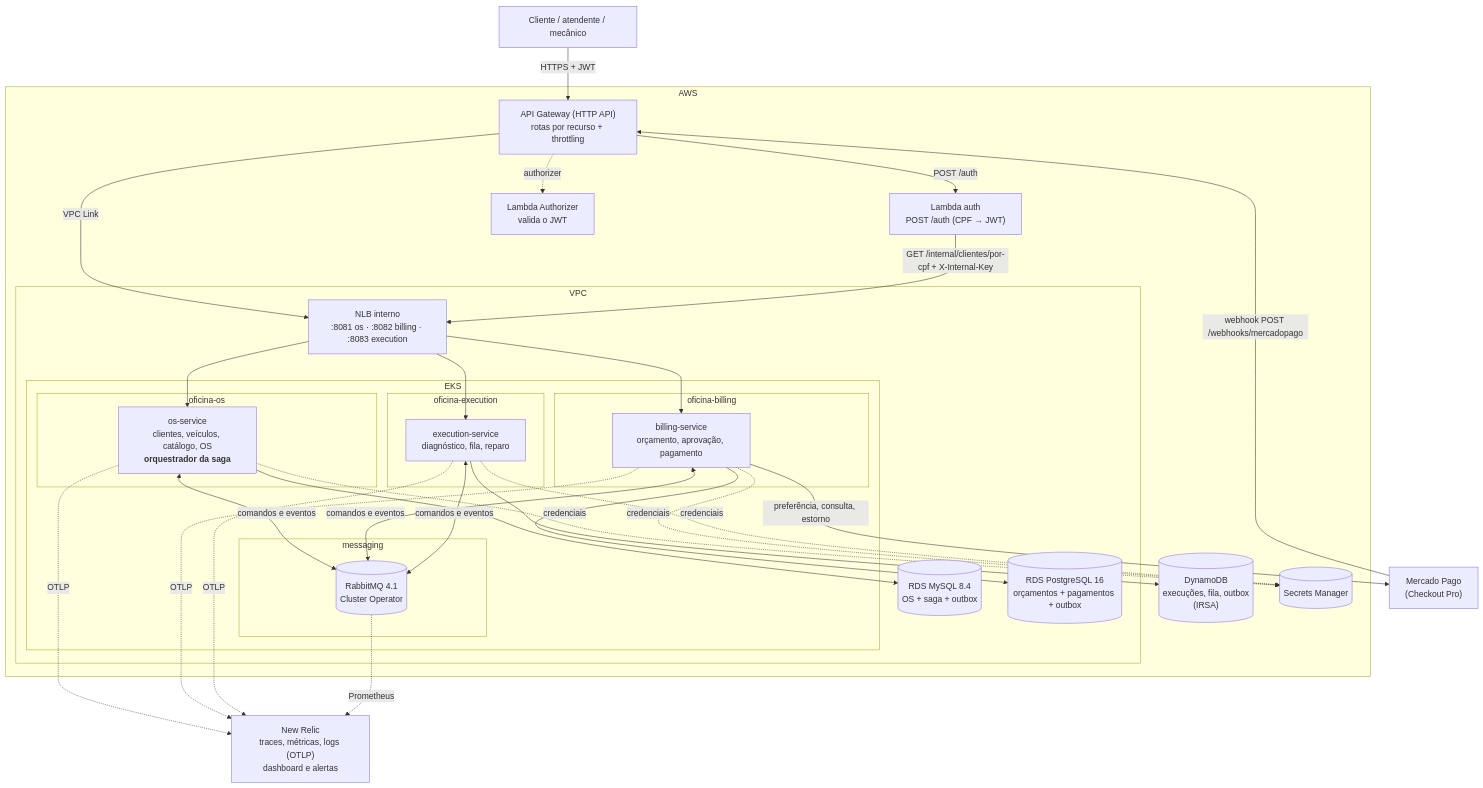
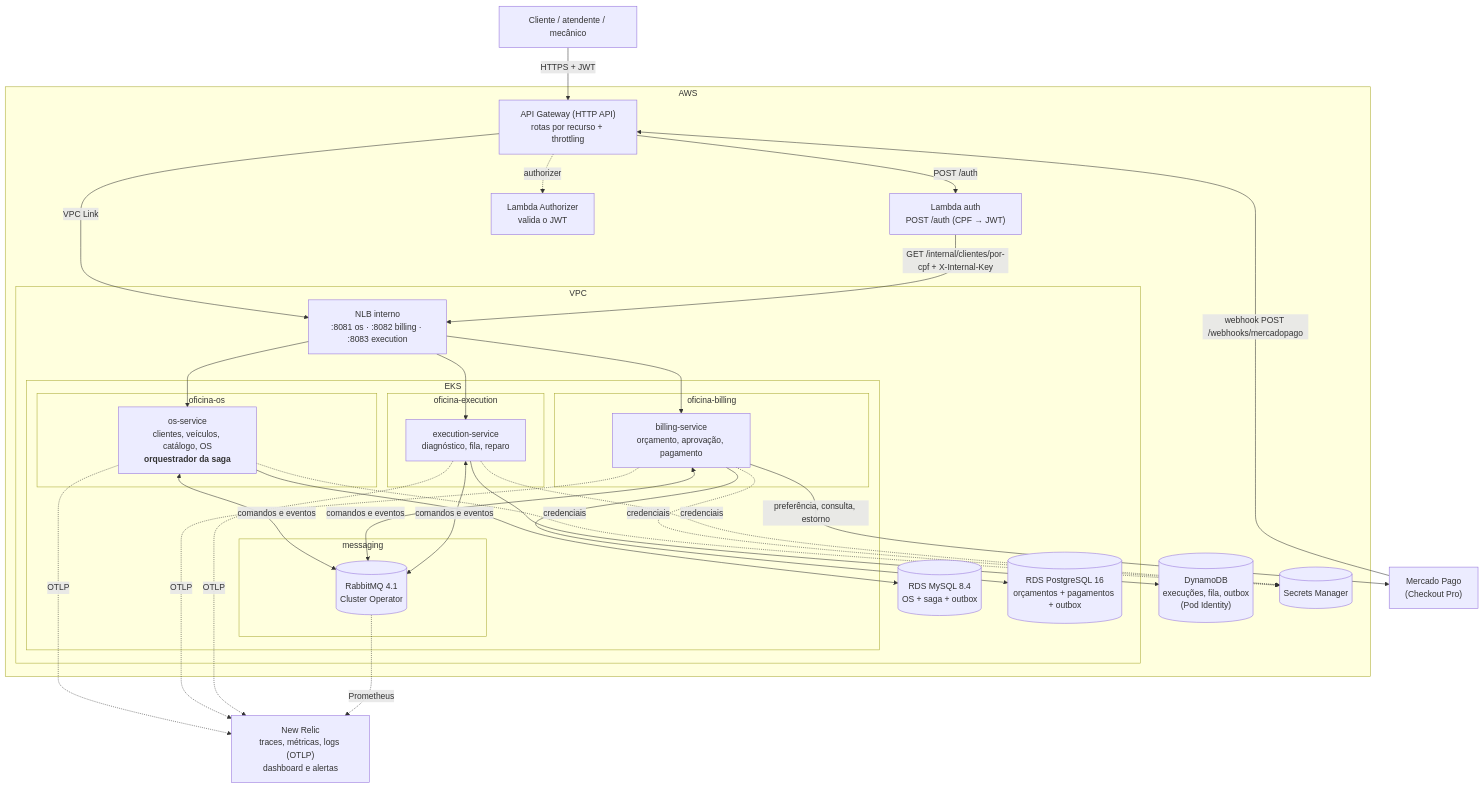
The first of 2 diagrams in docs/architecture/component-diagram.md (Duds27/oficina-os-service), drawn with Mermaid before and after one commit. The commit also changed other lines of this file and 10 other files, not shown here.

First line of the commit message:
docs: conta AWS da Fase 4 (us-east-2, Pod Identity, CI com chave de acesso)

````diff
--- a/docs/architecture/component-diagram.md
+++ b/docs/architecture/component-diagram.md
@@ -7,60 +7,60 @@
 ```mermaid
 flowchart TB
   cliente["Cliente / atendente / mecânico"]
   mp["Mercado Pago<br/>(Checkout Pro)"]
 
   subgraph aws[AWS]
     apigw["API Gateway (HTTP API)<br/>rotas por recurso + throttling"]
     lauth["Lambda auth<br/>POST /auth (CPF → JWT)"]
     lauthz["Lambda Authorizer<br/>valida o JWT"]
 
     subgraph vpc[VPC]
       nlb["NLB interno<br/>:8081 os · :8082 billing · :8083 execution"]
 
       subgraph eks[EKS]
         subgraph nsos[oficina-os]
           os["os-service<br/>clientes, veículos, catálogo, OS<br/><b>orquestrador da saga</b>"]
         end
         subgraph nsbill[oficina-billing]
           billing["billing-service<br/>orçamento, aprovação, pagamento"]
         end
         subgraph nsexec[oficina-execution]
           execution["execution-service<br/>diagnóstico, fila, reparo"]
         end
         subgraph nsmq[messaging]
           mq[("RabbitMQ 4.1<br/>Cluster Operator")]
         end
       end
 
       mysql[("RDS MySQL 8.4<br/>OS + saga + outbox")]
       pg[("RDS PostgreSQL 16<br/>orçamentos + pagamentos + outbox")]
     end
 
-    dynamo[("DynamoDB<br/>execuções, fila, outbox<br/>(IRSA)")]
+    dynamo[("DynamoDB<br/>execuções, fila, outbox<br/>(Pod Identity)")]
     secrets[("Secrets Manager")]
   end
 
   nr["New Relic<br/>traces, métricas, logs (OTLP)<br/>dashboard e alertas"]
 
   cliente -->|HTTPS + JWT| apigw
   apigw -->|POST /auth| lauth
   apigw -.->|authorizer| lauthz
   apigw -->|VPC Link| nlb
   lauth -->|GET /internal/clientes/por-cpf + X-Internal-Key| nlb
   nlb --> os & billing & execution
 
   os <-->|comandos e eventos| mq
   billing <-->|comandos e eventos| mq
   execution <-->|comandos e eventos| mq
 
   os --> mysql
   billing --> pg
   execution --> dynamo
 
   billing -->|preferência, consulta, estorno| mp
   mp -->|webhook POST /webhooks/mercadopago| apigw
 
   os & billing & execution -.->|credenciais| secrets
   os & billing & execution -.->|OTLP| nr
   mq -.->|Prometheus| nr
 ```
````
